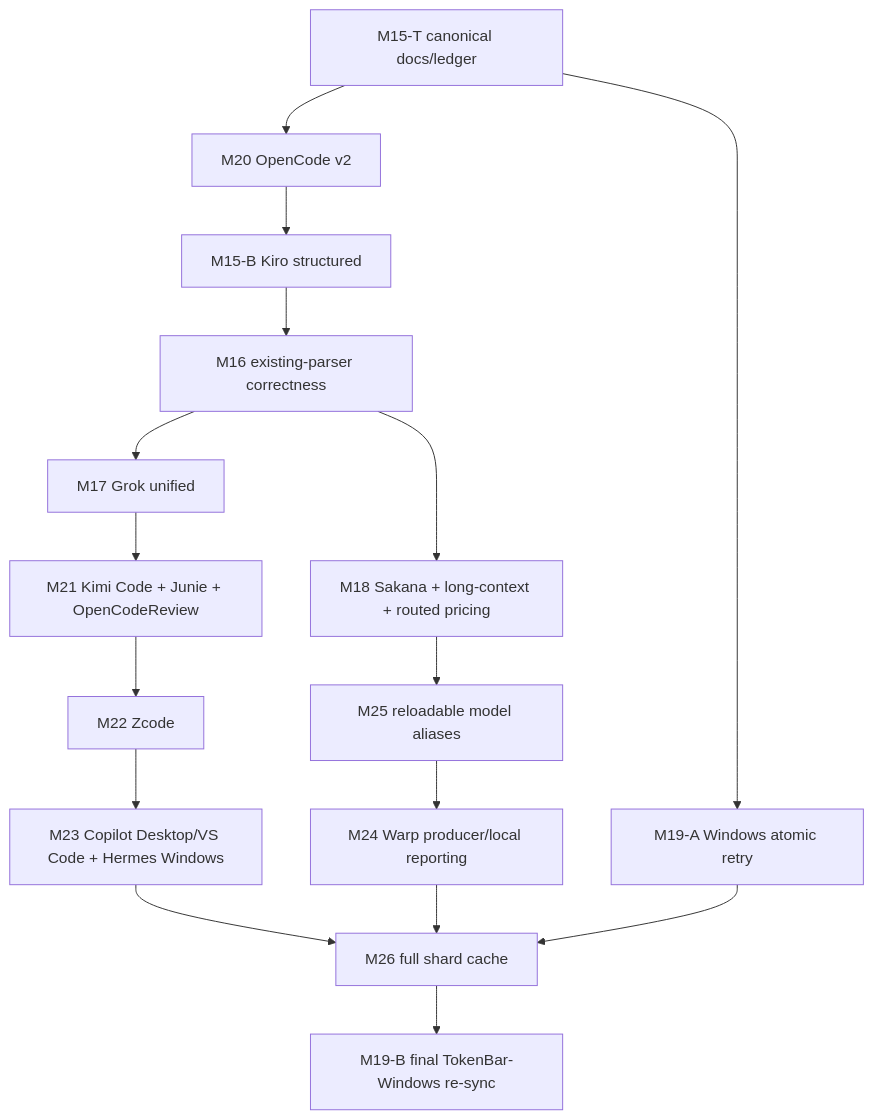
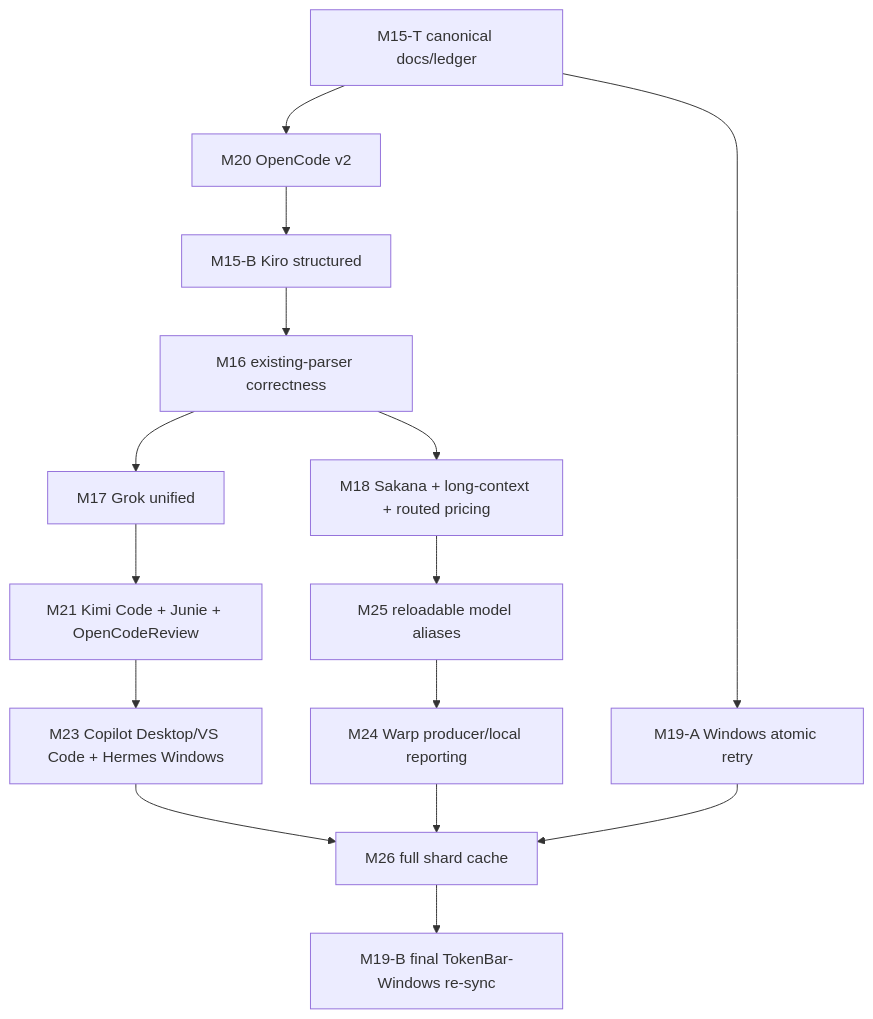
One commit to Nanako0129/TokenBar changed the first of 2 diagrams in docs/knowledge/plans/tokscale-alignment.md. Above: the diagram before and after it, drawn with Mermaid. The commit also changed other lines of this file and 2 other files, not shown here.

First line of the commit message:
docs(vendor): defer Zcode after fidelity audit

````diff
--- a/docs/knowledge/plans/tokscale-alignment.md
+++ b/docs/knowledge/plans/tokscale-alignment.md
@@ -60,22 +75,21 @@
 ```mermaid
 flowchart TD
     T[M15-T canonical docs/ledger] --> O[M20 OpenCode v2]
     O --> K[M15-B Kiro structured]
     K --> C[M16 existing-parser correctness]
 
     C --> G[M17 Grok unified]
     G --> N1[M21 Kimi Code + Junie + OpenCodeReview]
-    N1 --> N2[M22 Zcode]
-    N2 --> N3[M23 Copilot Desktop/VS Code + Hermes Windows]
+    N1 --> N3[M23 Copilot Desktop/VS Code + Hermes Windows]
 
     C --> P[M18 Sakana + long-context + routed pricing]
     P --> A[M25 reloadable model aliases]
     A --> W[M24 Warp producer/local reporting]
 
     T --> F[M19-A Windows atomic retry]
 
     N3 --> S[M26 full shard cache]
     W --> S
     F --> S
     S --> WS[M19-B final TokenBar-Windows re-sync]
 ```
````
